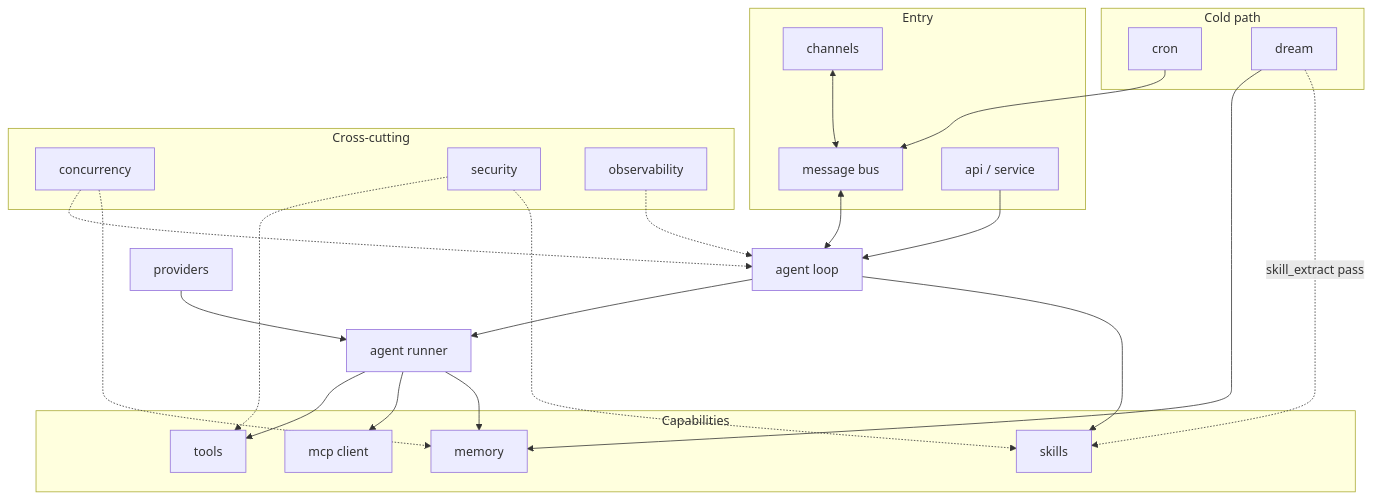
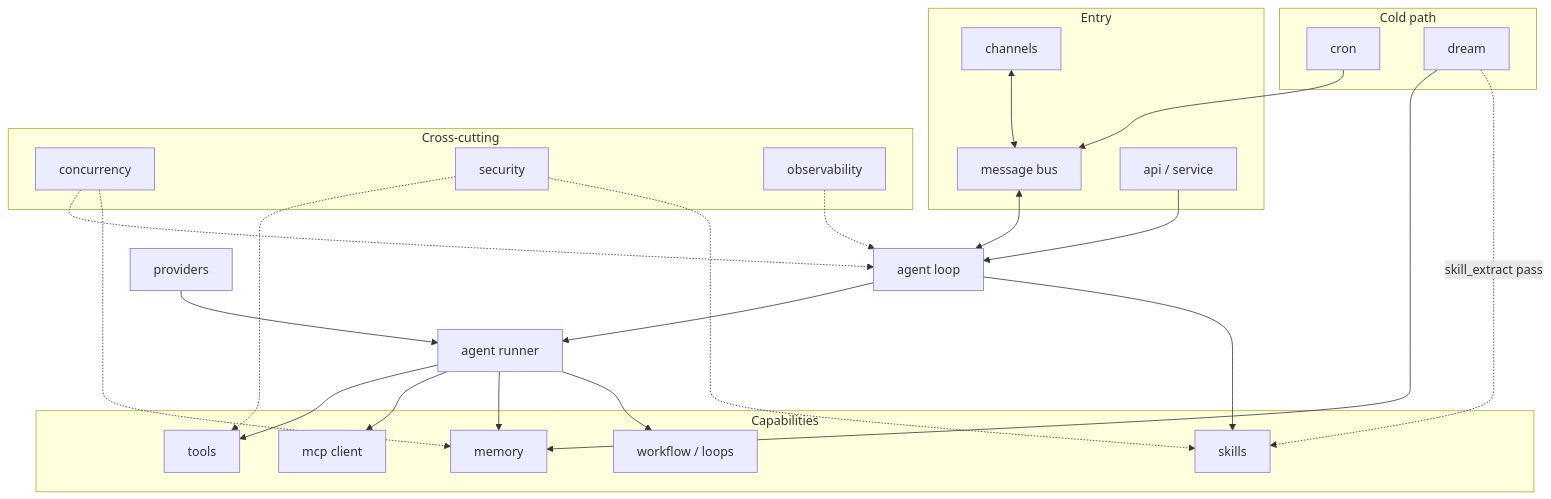
The diagram in docs/internals/README.md (mmarmol/durin), drawn with Mermaid before and after one commit. The commit also changed other lines of this file and 31 other files, not shown here.

````diff
--- a/docs/internals/README.md
+++ b/docs/internals/README.md
@@ -77,49 +78,51 @@
 ```mermaid
 flowchart TB
     subgraph entry["Entry"]
         CH["channels"]
         BUS["message bus"]
         API["api / service"]
     end
 
     LOOP["agent loop"]
     RUNNER["agent runner"]
     PROV["providers"]
 
     subgraph caps["Capabilities"]
         TOOLS["tools"]
         MCP["mcp client"]
         MEM["memory"]
         SKILLS["skills"]
+        WF["workflow / loops"]
     end
 
     subgraph coldpath["Cold path"]
         CRON["cron"]
         DREAM["dream"]
     end
 
     subgraph crosscut["Cross-cutting"]
         CONC["concurrency"]
         SEC["security"]
         OBS["observability"]
     end
 
     CH <--> BUS
     BUS <--> LOOP
     API --> LOOP
     LOOP --> RUNNER
     PROV --> RUNNER
     RUNNER --> TOOLS
     RUNNER --> MCP
     RUNNER --> MEM
     LOOP --> SKILLS
+    RUNNER --> WF
     CRON --> BUS
     DREAM --> MEM
     DREAM -."skill_extract pass".-> SKILLS
 
     CONC -.-> LOOP
     CONC -.-> MEM
     SEC -.-> TOOLS
     SEC -.-> SKILLS
     OBS -.-> LOOP
 ```
````
